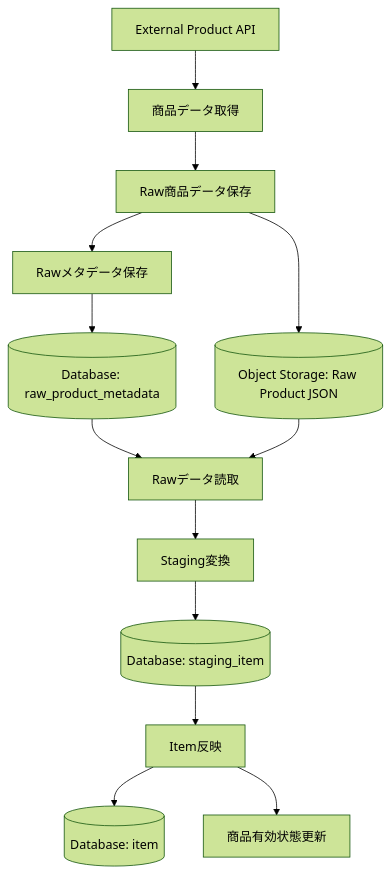
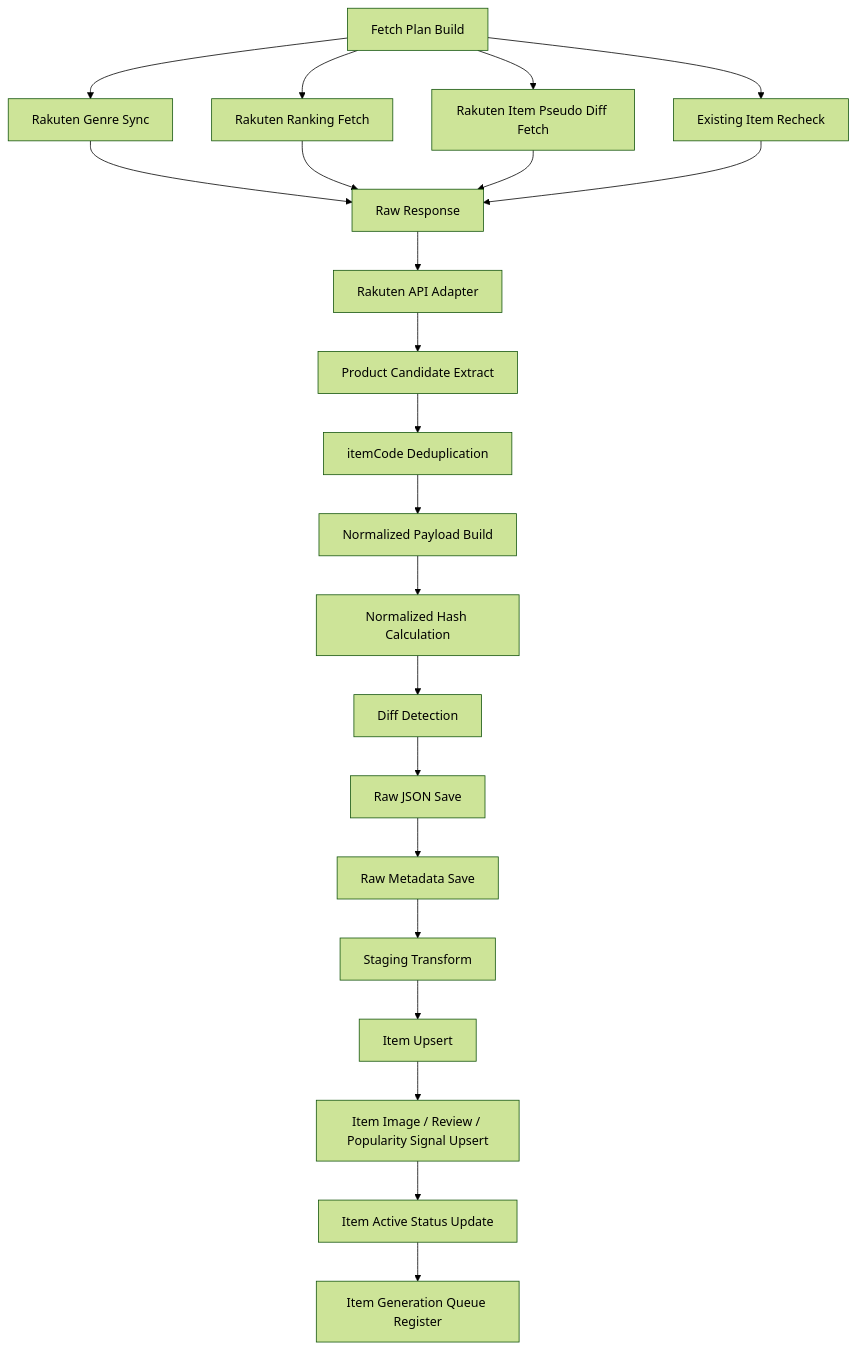
Before and after one commit to ryo-chan-k6/GiftRecommendAPP_MVP_CYCLE_3: the second of 3 diagrams in docs/05_アプリケーション設計/アプリ/機能一覧.md, drawn with Mermaid (forest theme). The commit also changed other lines of this file, not shown here.

````diff
--- a/docs/05_アプリケーション設計/アプリ/機能一覧.md
+++ b/docs/05_アプリケーション設計/アプリ/機能一覧.md
@@ -651,15 +630,27 @@
 ```mermaid
 flowchart TD
-    A[External Product API] --> B[商品データ取得]
-    B --> C[Raw商品データ保存]
-    C --> D[(Object Storage: Raw Product JSON)]
-    C --> E[Rawメタデータ保存]
-    E --> F[(Database: raw_product_metadata)]
-    F --> G[Rawデータ読取]
-    D --> G
-    G --> H[Staging変換]
-    H --> I[(Database: staging_item)]
-    I --> J[Item反映]
-    J --> K[(Database: item)]
-    J --> L[商品有効状態更新]
+    A[Fetch Plan Build] --> B[Rakuten Genre Sync]
+    A --> C[Rakuten Ranking Fetch]
+    A --> D[Rakuten Item Pseudo Diff Fetch]
+    A --> E[Existing Item Recheck]
+
+    B --> F[Raw Response]
+    C --> F
+    D --> F
+    E --> F
+
+    F --> G[Rakuten API Adapter]
+    G --> H[Product Candidate Extract]
+    H --> I[itemCode Deduplication]
+    I --> J[Normalized Payload Build]
+    J --> K[Normalized Hash Calculation]
+    K --> L[Diff Detection]
+
+    L --> M[Raw JSON Save]
+    M --> N[Raw Metadata Save]
+    N --> O[Staging Transform]
+    O --> P[Item Upsert]
+    P --> Q[Item Image / Review / Popularity Signal Upsert]
+    Q --> R[Item Active Status Update]
+    R --> S[Item Generation Queue Register]
 ```
````
